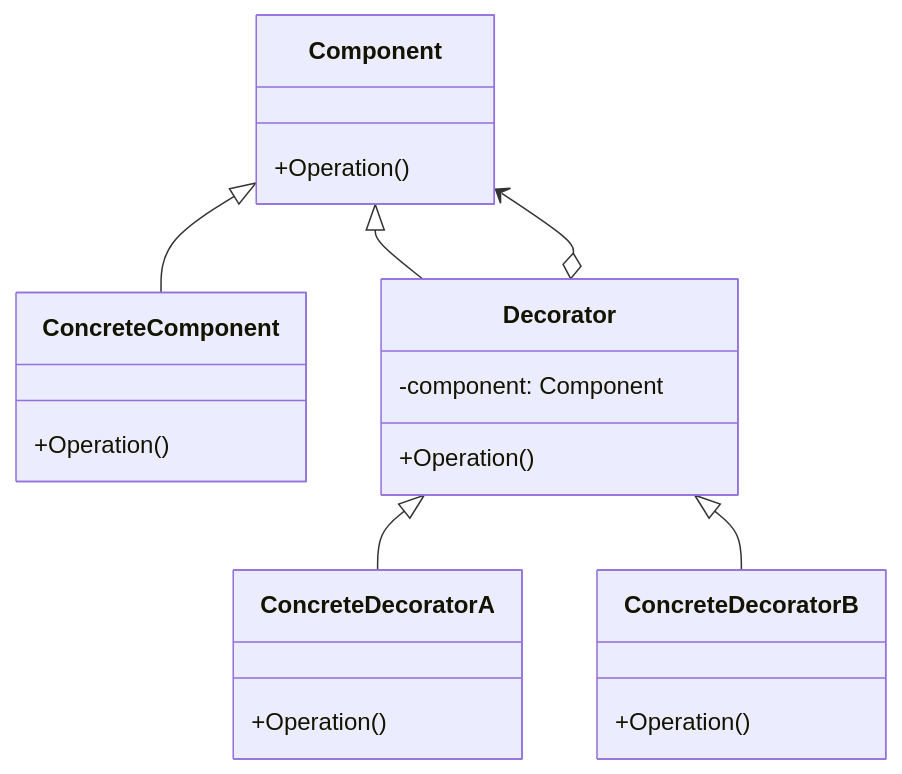
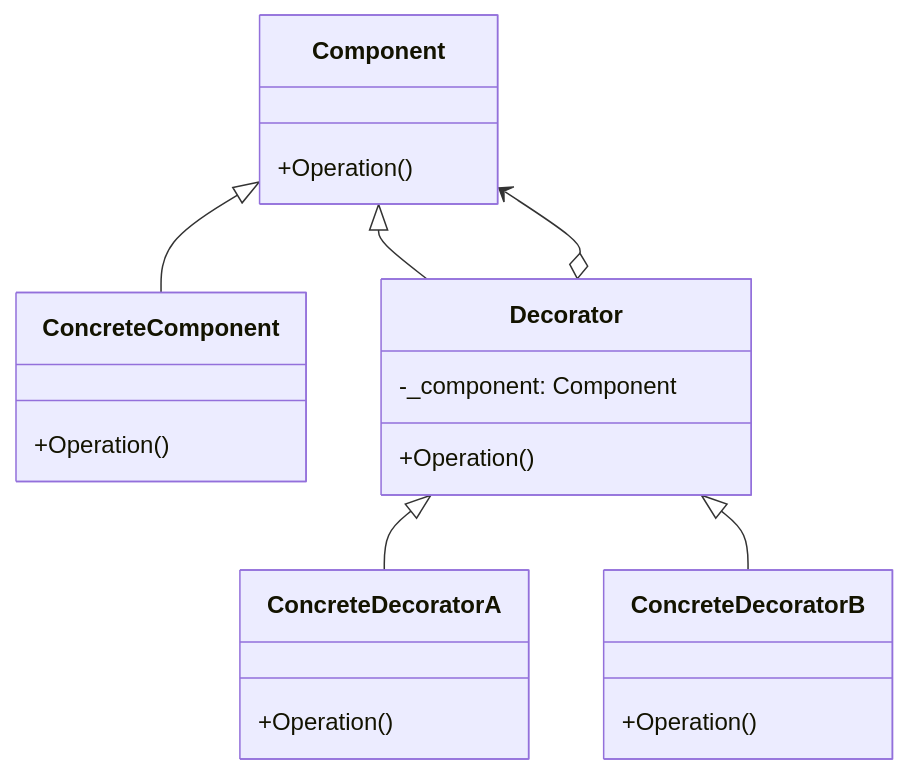
One commit to Yu-Qiao-Hong/Yu-Qiao-Hong.github.io changed the first of 2 diagrams in _posts/2019-11-03-CSharp_DesignPattern_Decorator.md. Above: the diagram before and after it, drawn with Mermaid. The commit also changed other lines of this file, not shown here.

```diff
--- a/_posts/2019-11-03-CSharp_DesignPattern_Decorator.md
+++ b/_posts/2019-11-03-CSharp_DesignPattern_Decorator.md
@@ -17,30 +17,30 @@
 <div class="mermaid">
 classDiagram
 
 class Component{
     +Operation()
 }
 
 class ConcreteComponent{
     +Operation()
 }
 
 class Decorator{
-    -component: Component
+    -_component: Component
     +Operation()
 }
 
 class ConcreteDecoratorA{
     +Operation()
 }
 
 class ConcreteDecoratorB{
     +Operation()
 }
 
 Component <|-- ConcreteComponent
 Component <|-- Decorator
 Component <--o  Decorator
 Decorator <|-- ConcreteDecoratorA
 Decorator <|-- ConcreteDecoratorB
 </div>
```
